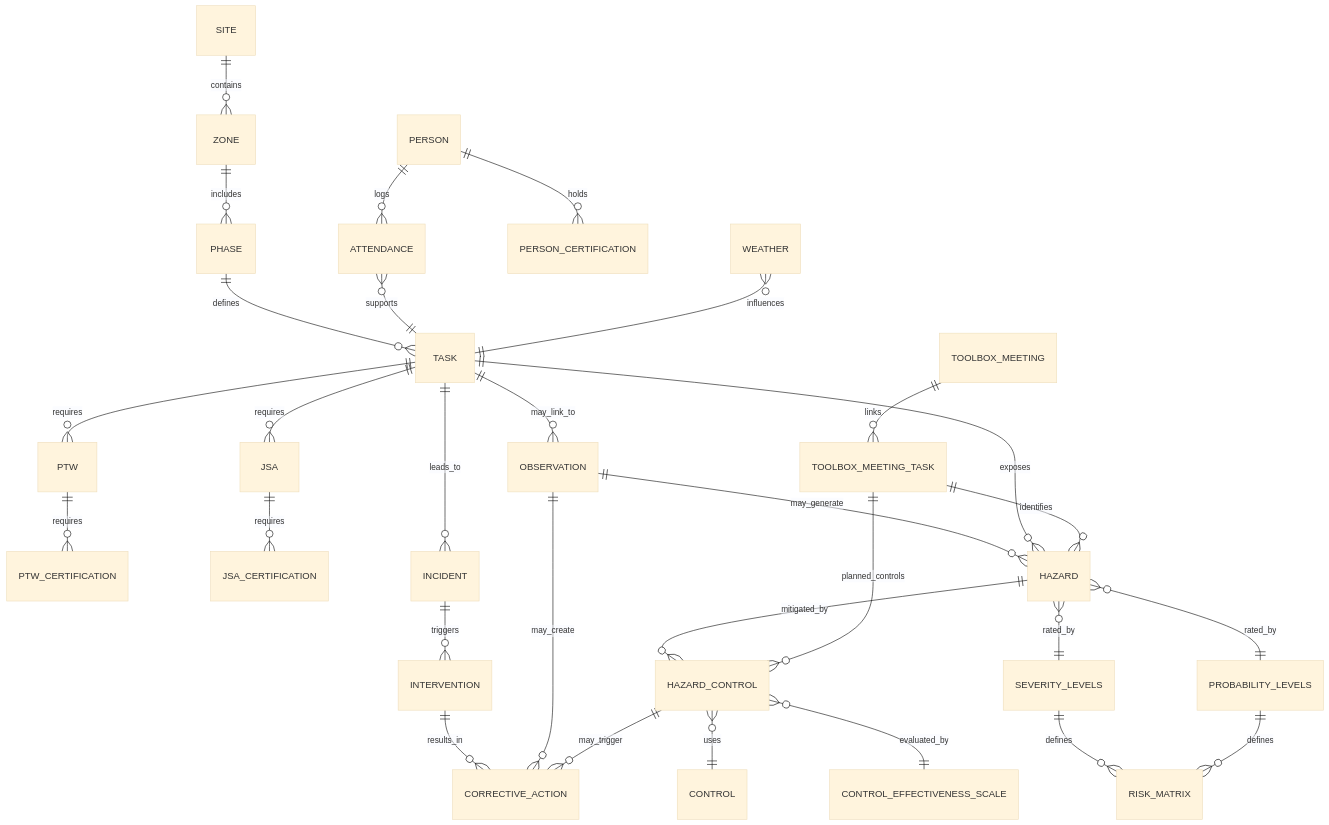
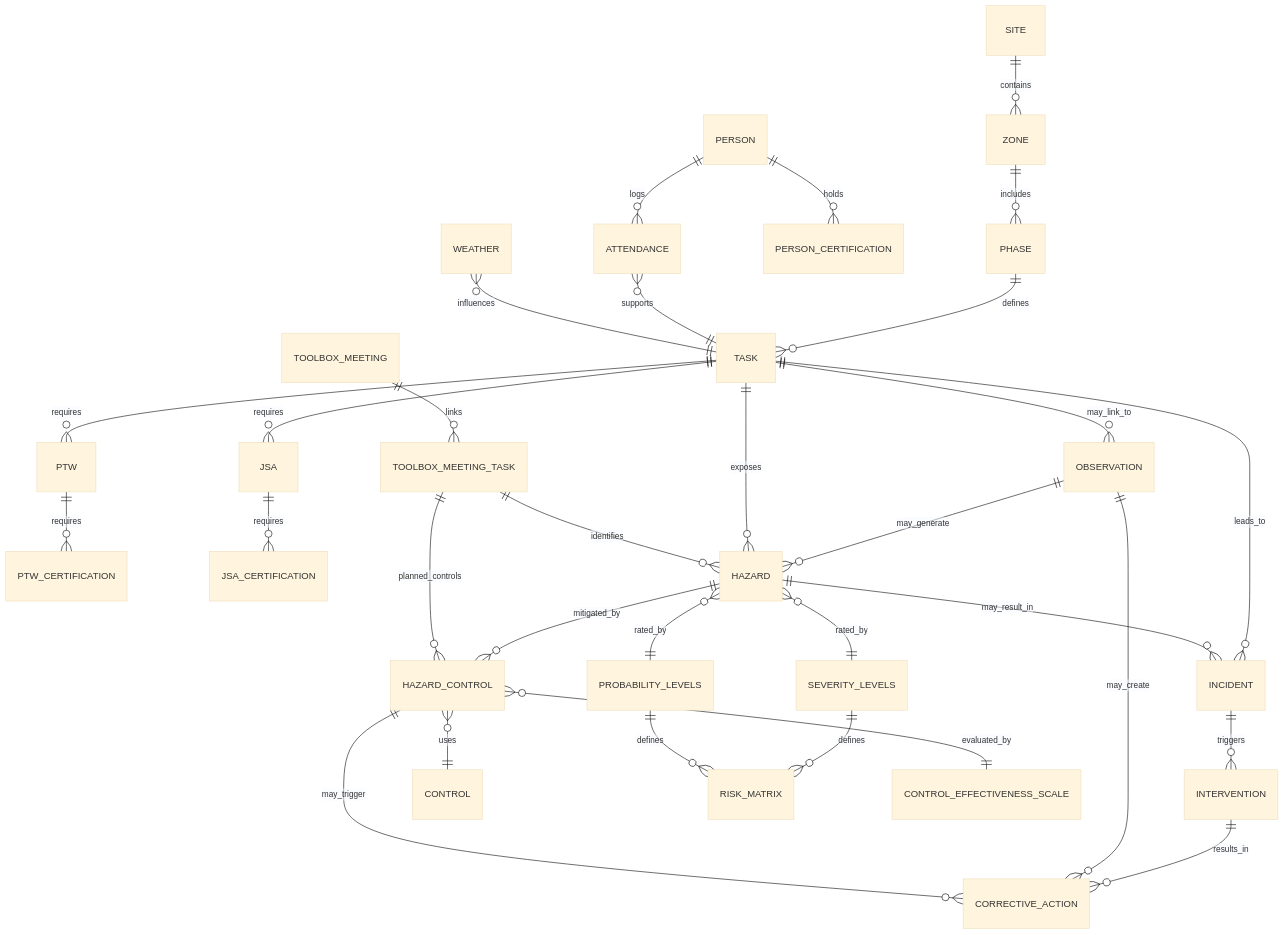
The second of 2 diagrams in README.md (Euchie23/Euchie23), drawn with Mermaid (base theme) before and after one commit.

````diff
--- a/README.md
+++ b/README.md
@@ -129,42 +129,44 @@
 ```mermaid
 erDiagram
     SITE ||--o{ ZONE : contains
     ZONE ||--o{ PHASE : includes
     PHASE ||--o{ TASK : defines
 
     PERSON ||--o{ ATTENDANCE : logs
     ATTENDANCE }o--|| TASK : supports
 
     TASK ||--o{ PTW : requires
     TASK ||--o{ JSA : requires
 
     PERSON ||--o{ PERSON_CERTIFICATION : holds
     PTW ||--o{ PTW_CERTIFICATION : requires
     JSA ||--o{ JSA_CERTIFICATION : requires
 
     TASK ||--o{ INCIDENT : leads_to
     INCIDENT ||--o{ INTERVENTION : triggers
     INTERVENTION ||--o{ CORRECTIVE_ACTION : results_in
 
     TASK ||--o{ OBSERVATION  : may_link_to
     OBSERVATION ||--o{ HAZARD : may_generate
     OBSERVATION ||--o{ CORRECTIVE_ACTION : may_create
 
     TASK ||--o{ HAZARD : exposes
     HAZARD ||--o{ HAZARD_CONTROL : mitigated_by
     HAZARD_CONTROL }o--|| CONTROL : uses
 
     HAZARD }o--|| SEVERITY_LEVELS : rated_by
     HAZARD }o--|| PROBABILITY_LEVELS : rated_by
     SEVERITY_LEVELS ||--o{ RISK_MATRIX : defines
     PROBABILITY_LEVELS ||--o{ RISK_MATRIX : defines
 
     HAZARD_CONTROL }o--|| CONTROL_EFFECTIVENESS_SCALE : evaluated_by
     HAZARD_CONTROL ||--o{ CORRECTIVE_ACTION : may_trigger
+    HAZARD ||--o{ INCIDENT : may_result_in
+
 
     TOOLBOX_MEETING ||--o{ TOOLBOX_MEETING_TASK : links
     TOOLBOX_MEETING_TASK ||--o{ HAZARD : identifies
     TOOLBOX_MEETING_TASK ||--o{ HAZARD_CONTROL : planned_controls
 
     WEATHER }o--|| TASK : influences
 ```
````
